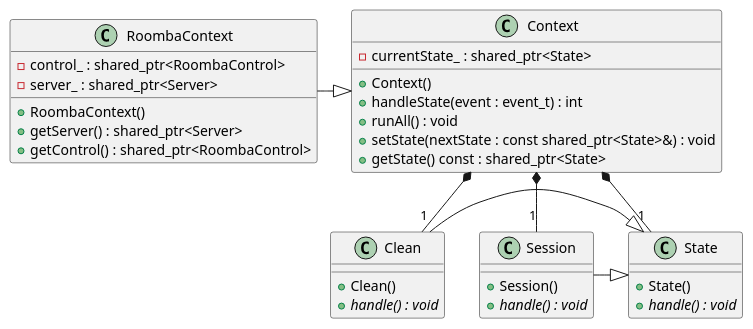
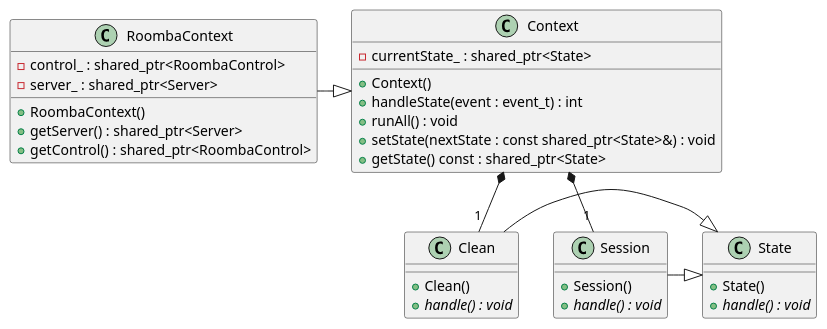
The diagram in UML/state_diagram.puml (VvWijhe/Cleanify), drawn with PlantUML before and after one commit.

```diff
--- a/UML/state_diagram.puml
+++ b/UML/state_diagram.puml
@@ -1,40 +1,39 @@
 @startuml
 class State {
 + State()
 + <i>handle() : void
 }
 
 Clean -|> State
 class Clean {
 + Clean()
 + <i>handle() : void
 }
 
 Session -|> State
 class Session {
 + Session()
 + <i>handle() : void
 }
 
 class Context {
 + Context()
 + handleState(event : event_t) : int
 + runAll() : void
 + setState(nextState : const shared_ptr<State>&) : void
 + getState() const : shared_ptr<State>
 - currentState_ : shared_ptr<State>
 }
 
 RoombaContext -|> Context
 class RoombaContext {
 + RoombaContext()
 + getServer() : shared_ptr<Server>
 + getControl() : shared_ptr<RoombaControl>
 - control_ : shared_ptr<RoombaControl>
 - server_ : shared_ptr<Server>
 }
 
 Context *--"1" Clean
-Context *--"1" State
 Context *--"1" Session
 @enduml
```
